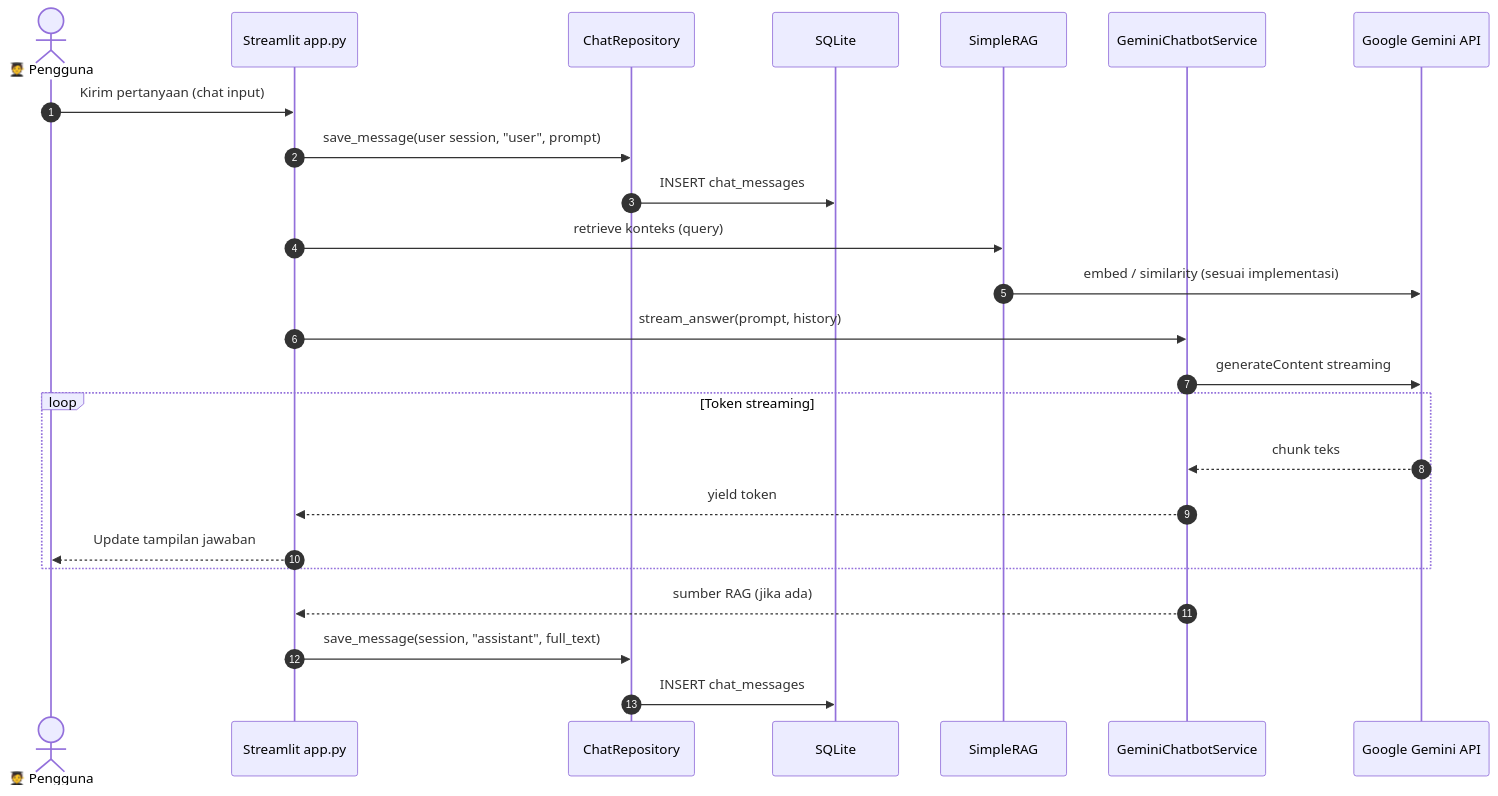
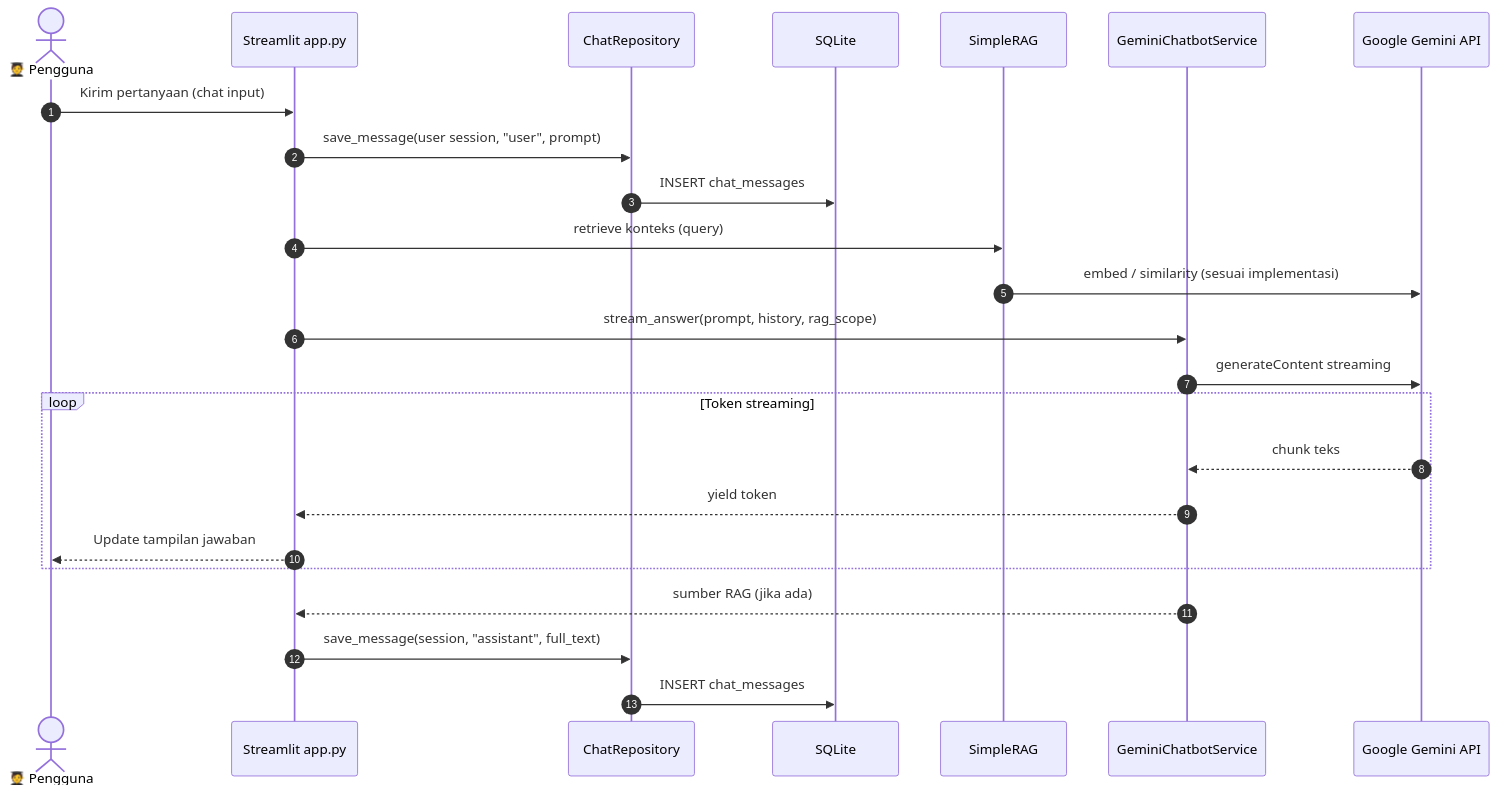
One commit to noermuhmmadayub/project-ayub changed the fourth of 7 diagrams in DOKUMENTASI_SISTEM.md. Above: the diagram before and after it, drawn with Mermaid. The commit also changed other lines of this file and 17 other files, not shown here.

````diff
--- a/DOKUMENTASI_SISTEM.md
+++ b/DOKUMENTASI_SISTEM.md
@@ -119,27 +124,27 @@
 ```mermaid
 sequenceDiagram
   autonumber
   actor P as 🧑‍🎓 Pengguna
   participant UI as Streamlit app.py
   participant Repo as ChatRepository
   participant DB as SQLite
   participant RAG as SimpleRAG
   participant AI as GeminiChatbotService
   participant API as Google Gemini API
 
   P->>UI: Kirim pertanyaan (chat input)
   UI->>Repo: save_message(user session, "user", prompt)
   Repo->>DB: INSERT chat_messages
   UI->>RAG: retrieve konteks (query)
   RAG->>API: embed / similarity (sesuai implementasi)
-  UI->>AI: stream_answer(prompt, history)
+  UI->>AI: stream_answer(prompt, history, rag_scope)
   AI->>API: generateContent streaming
   loop Token streaming
     API-->>AI: chunk teks
     AI-->>UI: yield token
     UI-->>P: Update tampilan jawaban
   end
   AI-->>UI: sumber RAG (jika ada)
   UI->>Repo: save_message(session, "assistant", full_text)
   Repo->>DB: INSERT chat_messages
 ```
````
